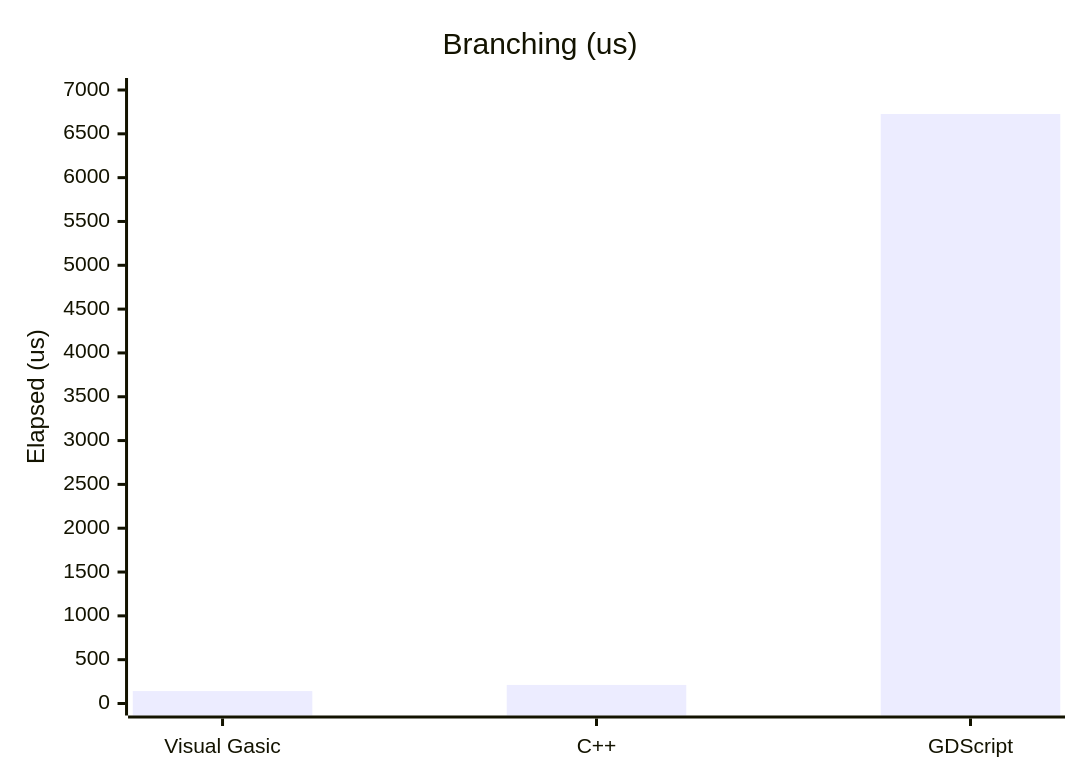
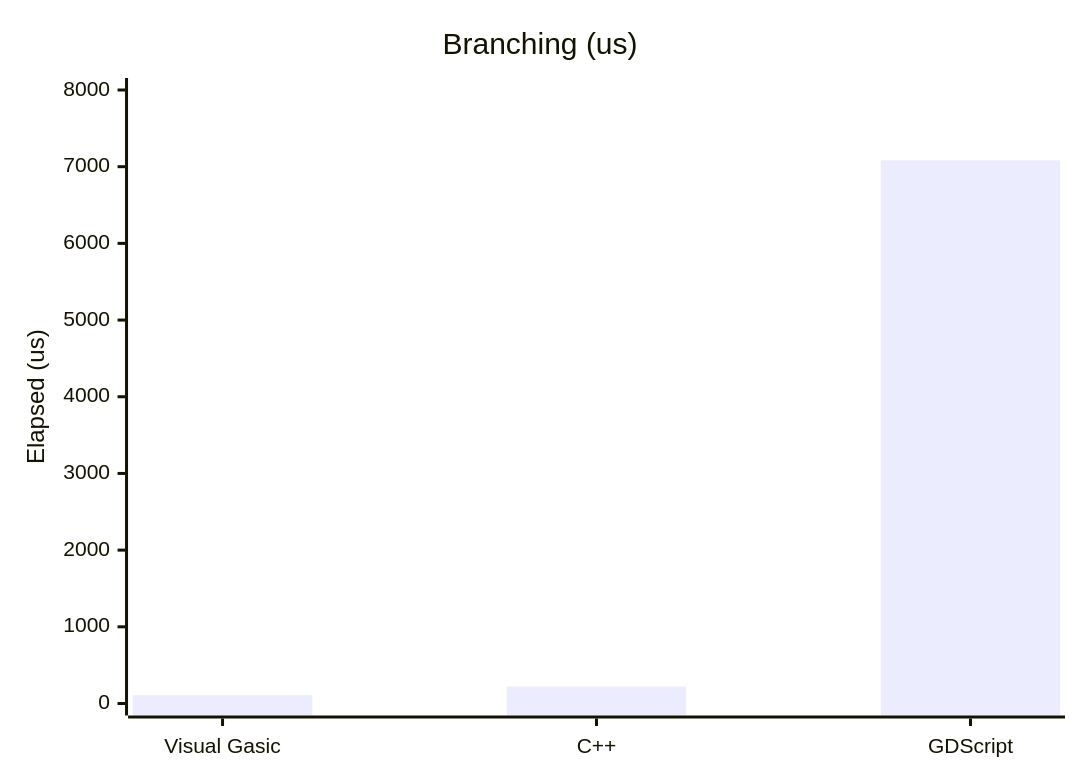
Before and after one commit to xgreenrx-star/VisualGasic: the first of 3 diagrams in docs/GODOT_PROGRAMMING_MANUAL.md, drawn with Mermaid. The commit also changed other lines of this file and 8 other files, not shown here.

````diff
--- a/docs/GODOT_PROGRAMMING_MANUAL.md
+++ b/docs/GODOT_PROGRAMMING_MANUAL.md
@@ -306,7 +306,7 @@
 ```mermaid
 xychart-beta
     title "Branching (us)"
     x-axis ["Visual Gasic","C++","GDScript"]
-    y-axis "Elapsed (us)" 0 --> 7000
-    bar [142,212,6726]
+    y-axis "Elapsed (us)" 0 --> 8000
+    bar [108,221,7083]
 ```
````
